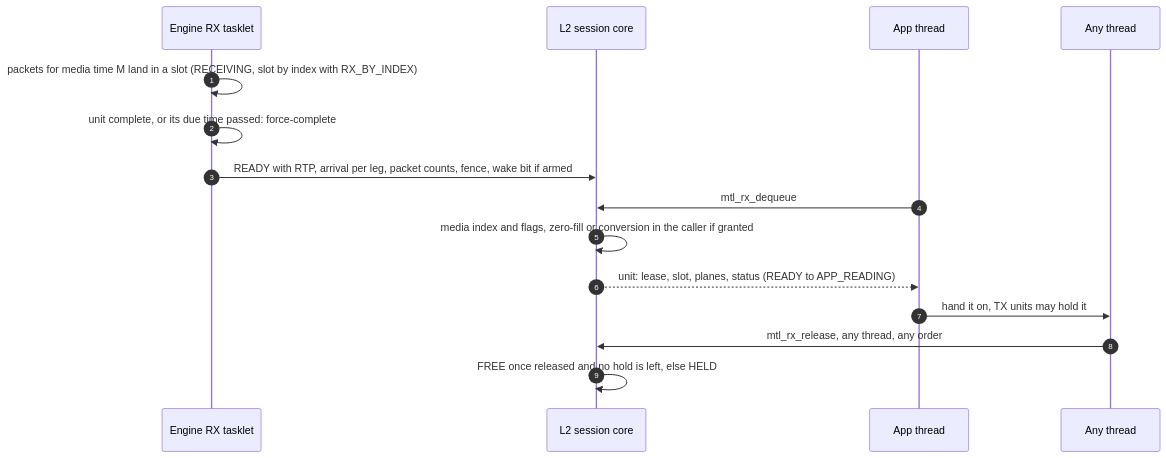
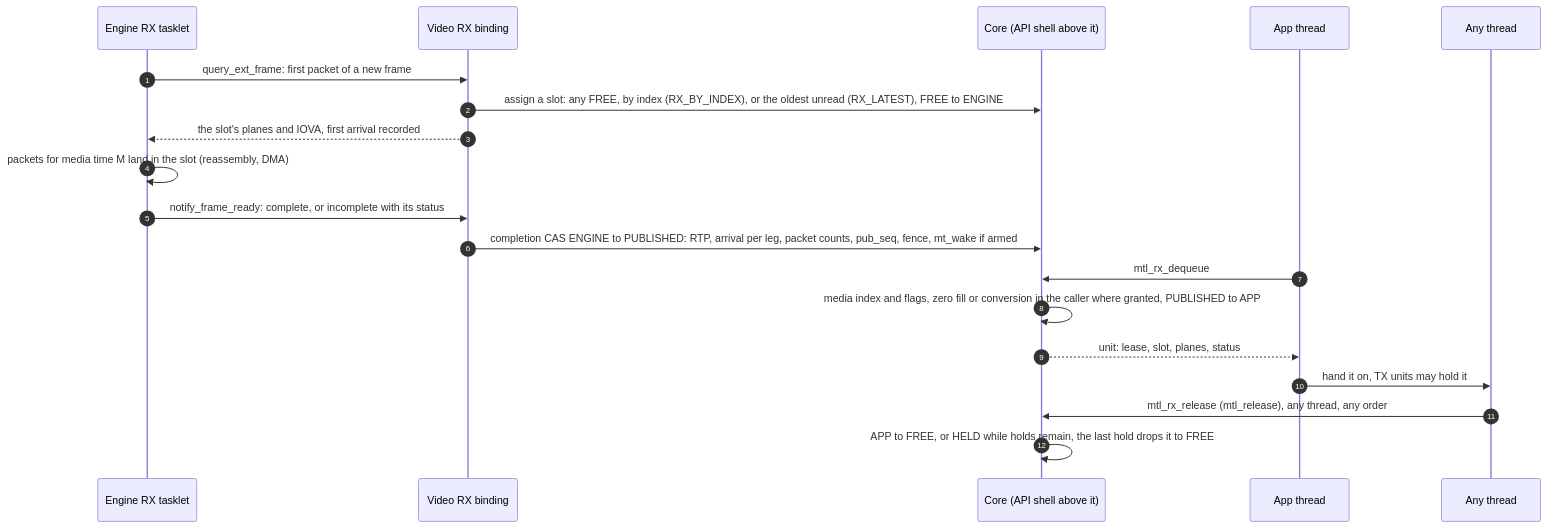
Diagram 31 of 56 in doc/unified-api/diagrams.md (Sakoram/Media-Transport-Library), drawn with Mermaid before and after one commit. The commit also changed other lines of this file and 56 other files, not shown here.

````diff
--- a/doc/unified-api/diagrams.md
+++ b/doc/unified-api/diagrams.md
@@ -786,17 +846,21 @@
 ```mermaid
 sequenceDiagram
     autonumber
     participant E as Engine RX tasklet
-    participant L2 as L2 session core
+    participant B as Video RX binding
+    participant C as Core (API shell above it)
     participant A as App thread
     participant D as Any thread
-    E->>E: packets for media time M land in a slot (RECEIVING, slot by index with RX_BY_INDEX)
-    E->>E: unit complete, or its due time passed: force-complete
-    E->>L2: READY with RTP, arrival per leg, packet counts, fence, wake bit if armed
-    A->>L2: mtl_rx_dequeue
-    L2->>L2: media index and flags, zero-fill or conversion in the caller if granted
-    L2-->>A: unit: lease, slot, planes, status (READY to APP_READING)
+    E->>B: query_ext_frame: first packet of a new frame
+    B->>C: assign a slot: any FREE, by index (RX_BY_INDEX), or the oldest unread (RX_LATEST), FREE to ENGINE
+    B-->>E: the slot's planes and IOVA, first arrival recorded
+    E->>E: packets for media time M land in the slot (reassembly, DMA)
+    E->>B: notify_frame_ready: complete, or incomplete with its status
+    B->>C: completion CAS ENGINE to PUBLISHED: RTP, arrival per leg, packet counts, pub_seq, fence, mt_wake if armed
+    A->>C: mtl_rx_dequeue
+    C->>C: media index and flags, zero fill or conversion in the caller where granted, PUBLISHED to APP
+    C-->>A: unit: lease, slot, planes, status
     A->>D: hand it on, TX units may hold it
-    D->>L2: mtl_rx_release, any thread, any order
-    L2->>L2: FREE once released and no hold is left, else HELD
+    D->>C: mtl_rx_release (mtl_release), any thread, any order
+    C->>C: APP to FREE, or HELD while holds remain, the last hold drops it to FREE
 ```
````
